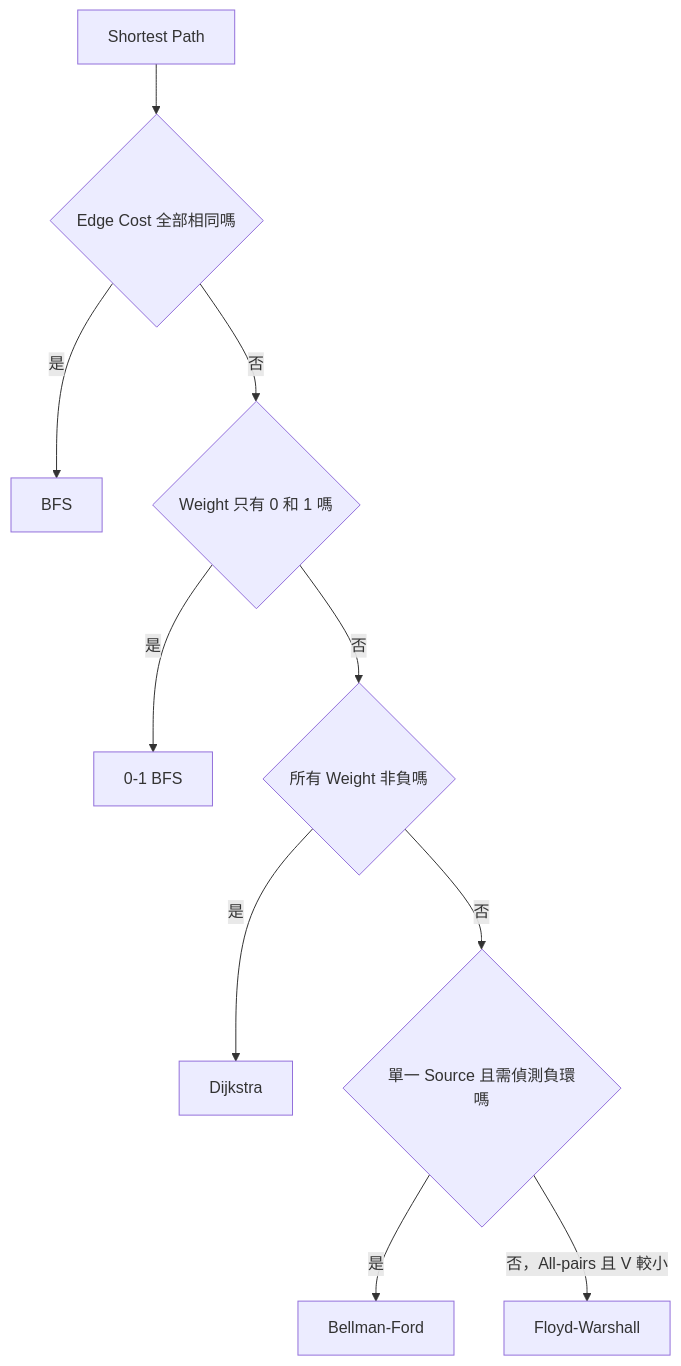
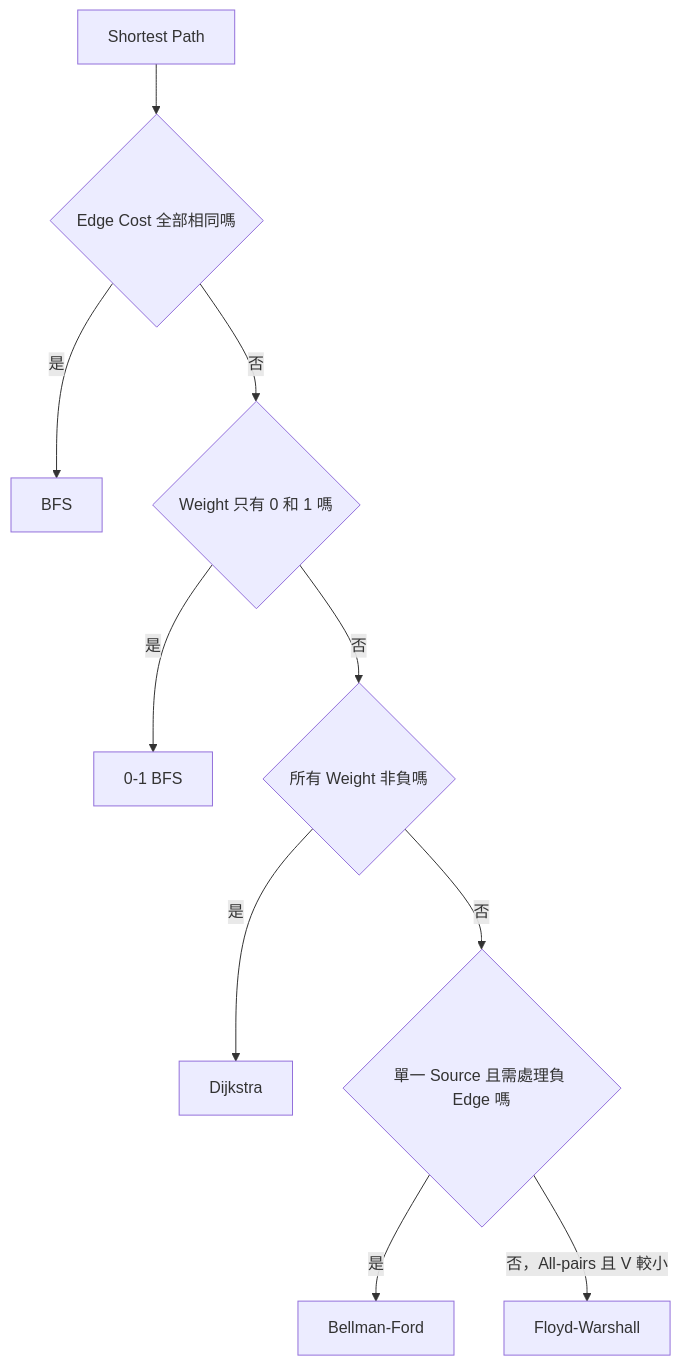
One commit to davidchen0970/algorithm_note changed the third of 9 diagrams in 07_graph/33_shortest_path.md. Above: the diagram before and after it, drawn with Mermaid. The commit also changed other lines of this file and 2 other files, not shown here.

````diff
--- a/07_graph/33_shortest_path.md
+++ b/07_graph/33_shortest_path.md
@@ -57,12 +112,12 @@
 ```mermaid
 flowchart TD
-    A[Shortest Path] --> B{Edge Cost 全部相同嗎}
-    B -->|是| C[BFS]
-    B -->|否| D{Weight 只有 0 和 1 嗎}
-    D -->|是| E[0-1 BFS]
-    D -->|否| F{所有 Weight 非負嗎}
-    F -->|是| G[Dijkstra]
-    F -->|否| H{單一 Source 且需偵測負環嗎}
-    H -->|是| I[Bellman-Ford]
-    H -->|否，All-pairs 且 V 較小| J[Floyd-Warshall]
+    A["Shortest Path"] --> B{"Edge Cost 全部相同嗎"}
+    B -->|是| C["BFS"]
+    B -->|否| D{"Weight 只有 0 和 1 嗎"}
+    D -->|是| E["0-1 BFS"]
+    D -->|否| F{"所有 Weight 非負嗎"}
+    F -->|是| G["Dijkstra"]
+    F -->|否| H{"單一 Source 且需處理負 Edge 嗎"}
+    H -->|是| I["Bellman-Ford"]
+    H -->|否，All-pairs 且 V 較小| J["Floyd-Warshall"]
 ```
````
